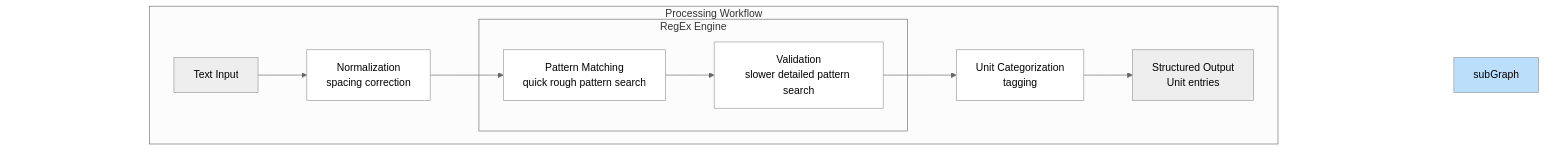
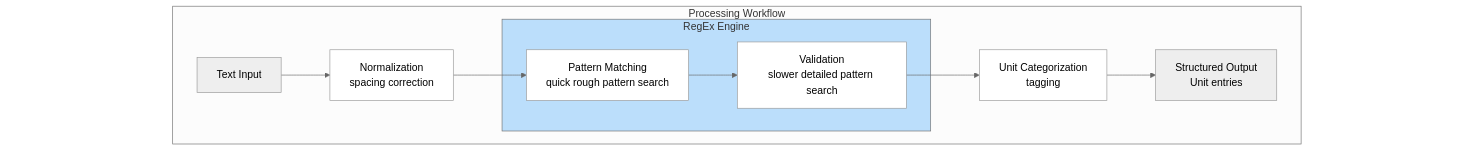
The diagram in seanox_ai_nlp/units/README.md (seanox/seanox-ai-nlp), drawn with Mermaid before and after one commit.

Commit message:
#0000 Documentation: Update of content

````diff
--- a/seanox_ai_nlp/units/README.md
+++ b/seanox_ai_nlp/units/README.md
@@ -705,37 +705,37 @@
 ```mermaid
 ---
 config:
   theme: neutral
 ---
 flowchart TD
     subgraph subGraphRight[" "]
-        R["&nbsp;&nbsp;&nbsp;&nbsp;&nbsp;&nbsp;&nbsp;&nbsp;"]
+        R["&nbsp;&nbsp;&nbsp;&nbsp;&nbsp;&nbsp;&nbsp;&nbsp;&nbsp;&nbsp;&nbsp;&nbsp;&nbsp;&nbsp;&nbsp;&nbsp;"]
     end
     subgraph subGraphWorkflow["Processing Workflow"]
         A["Text Input"]
         B["Normalization<br/>spacing correction"]
         subgraph subGraphRegExEngine["RegEx Engine"]
             C["Pattern Matching<br/>quick rough pattern search"]
             D["Validation<br/>slower detailed pattern search"]
         end
         E["Unit Categorization<br/>tagging"]
         F["Structured Output<br>Unit entries"]
     end
     subgraph subGraphLeft[" "]
-        L["&nbsp;&nbsp;&nbsp;&nbsp;&nbsp;&nbsp;&nbsp;&nbsp;"]
+        L["&nbsp;&nbsp;&nbsp;&nbsp;&nbsp;&nbsp;&nbsp;&nbsp;&nbsp;&nbsp;&nbsp;&nbsp;&nbsp;&nbsp;&nbsp;&nbsp;"]
     end
     A --> B
     B --> C
     C --> D
     D --> E
     E --> F
-    style subGraph fill:#BBDEFB  
+    style subGraphRegExEngine fill:#BBDEFB  
     style B fill:#FFFFFF
     style C fill:#FFFFFF
     style D fill:#FFFFFF
     style E fill:#FFFFFF
     style subGraphLeft fill:#FFFFFF,stroke:#FFFFFF,stroke-width:0px
     style L fill:#FFFFFF,stroke:#FFFFFF,stroke-width:0px
     style subGraphRight fill:#FFFFFF,stroke:#FFFFFF,stroke-width:0px
     style R fill:#FFFFFF,stroke:#FFFFFF,stroke-width:0px
 ```
````
